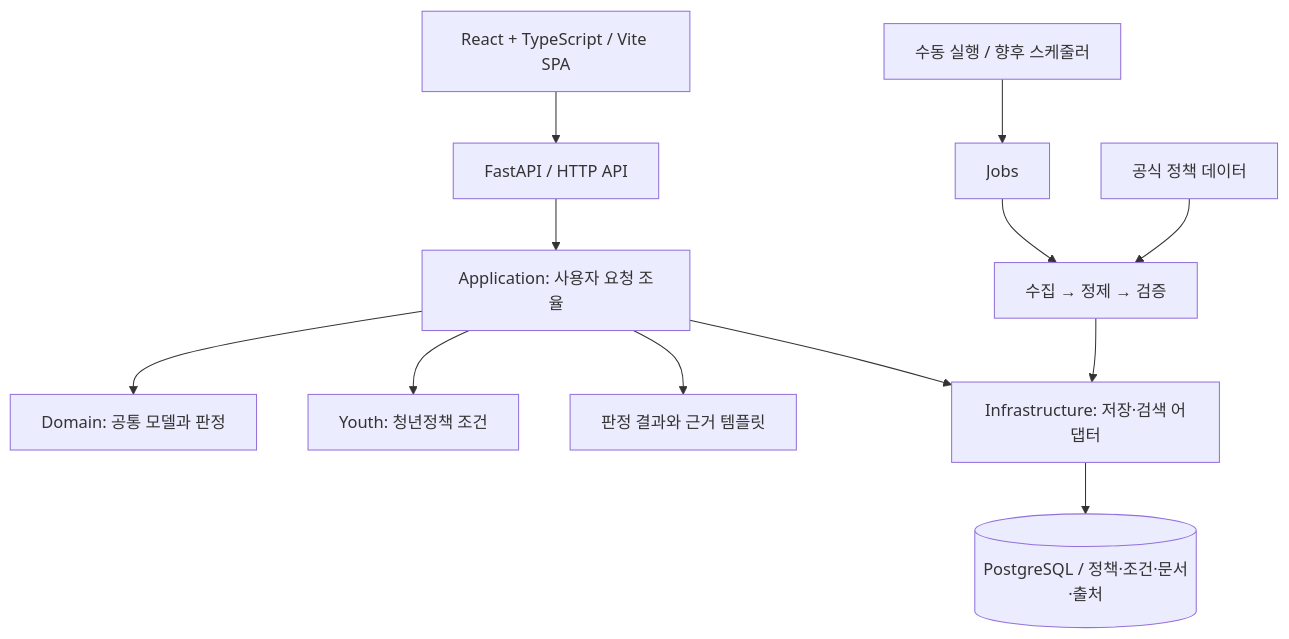
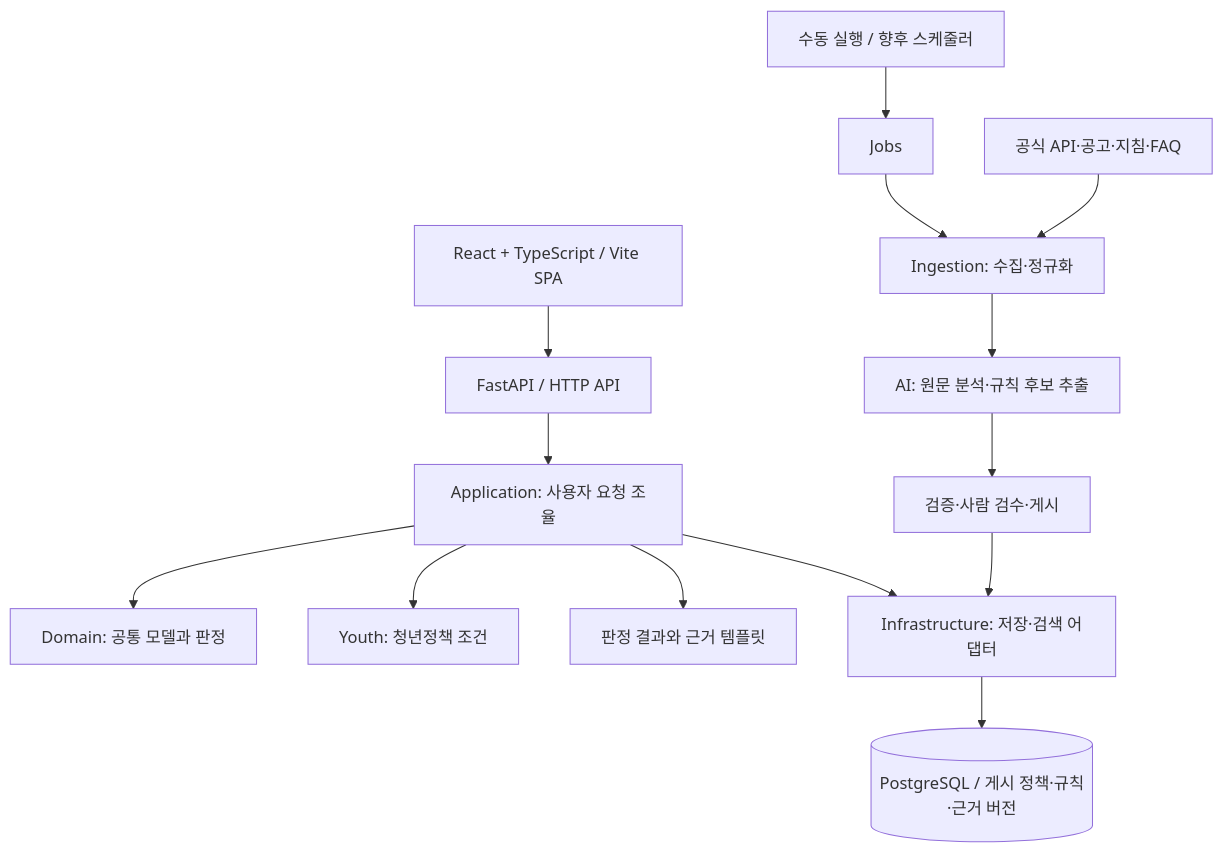
Before and after one commit to x17545/benefitfinder-ai: the diagram in docs/ARCHITECTURE.md, drawn with Mermaid. The commit also changed other lines of this file and 17 other files, not shown here.

````diff
--- a/docs/ARCHITECTURE.md
+++ b/docs/ARCHITECTURE.md
@@ -15,14 +15,16 @@
 ```mermaid
 flowchart TD
     Web[React + TypeScript / Vite SPA] --> API[FastAPI / HTTP API]
     API --> App[Application: 사용자 요청 조율]
     App --> Core[Domain: 공통 모델과 판정]
     App --> Youth[Youth: 청년정책 조건]
     App --> Explain[판정 결과와 근거 템플릿]
     App --> Infra[Infrastructure: 저장·검색 어댑터]
-    Infra --> DB[(PostgreSQL / 정책·조건·문서·출처)]
+    Infra --> DB[(PostgreSQL / 게시 정책·규칙·근거 버전)]
     Scheduler[수동 실행 / 향후 스케줄러] --> Jobs[Jobs]
-    Jobs --> Ingest[수집 → 정제 → 검증]
-    Official[공식 정책 데이터] --> Ingest
-    Ingest --> Infra
+    Jobs --> Ingest[Ingestion: 수집·정규화]
+    Official[공식 API·공고·지침·FAQ] --> Ingest
+    Ingest --> Agent[AI: 원문 분석·규칙 후보 추출]
+    Agent --> Review[검증·사람 검수·게시]
+    Review --> Infra
 ```
````
